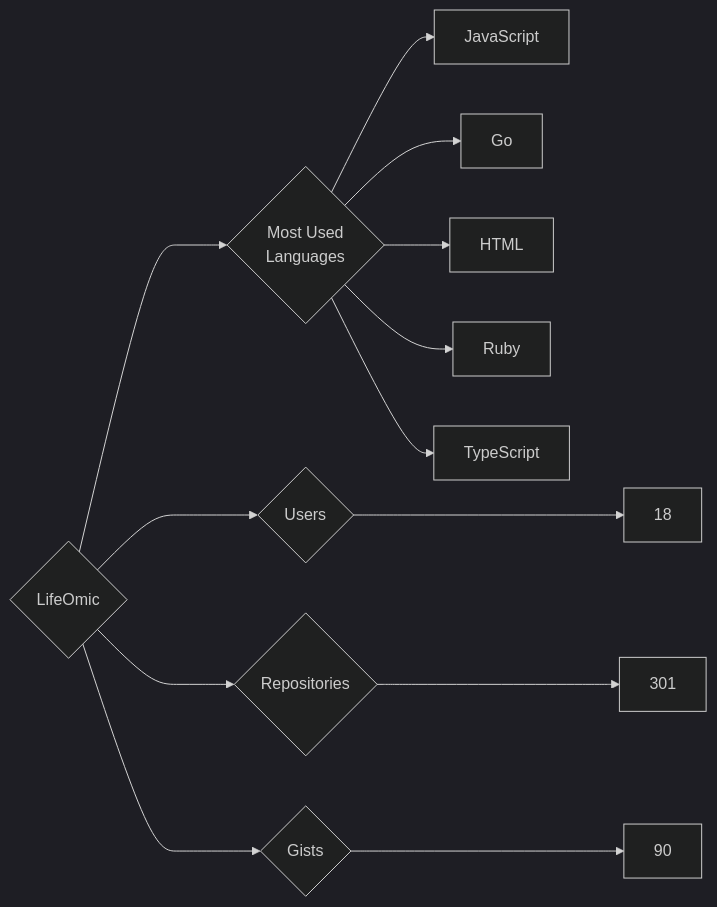
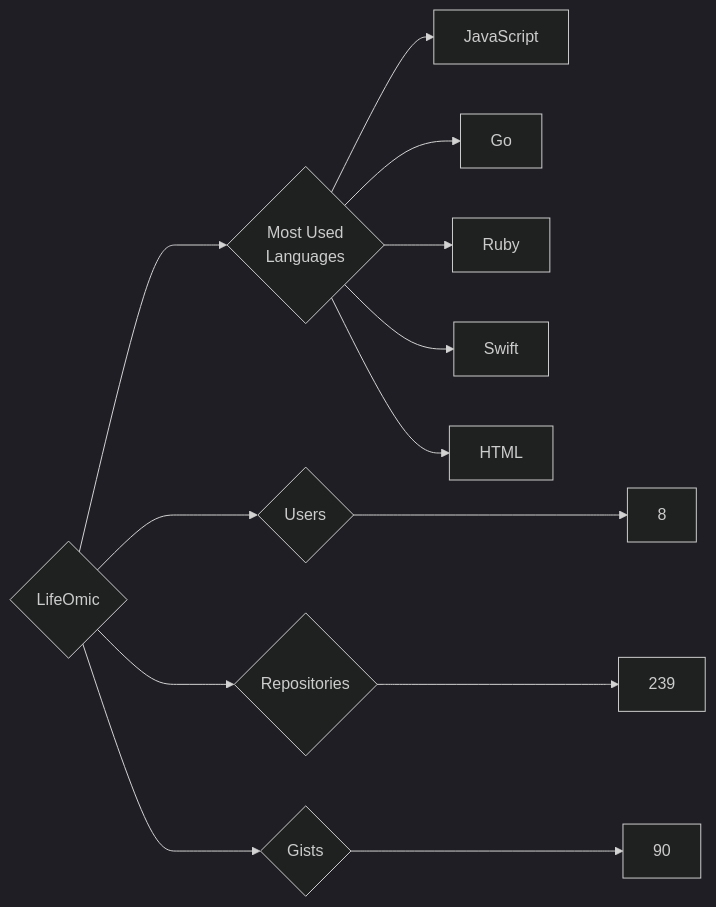
Before and after one commit to trickest/insiders: the diagram in targets/LifeOmic/README.md, drawn with Mermaid (dark theme). The commit also changed 633 other files, not shown here.

````diff
--- a/targets/LifeOmic/README.md
+++ b/targets/LifeOmic/README.md
@@ -3,13 +3,13 @@
 ```mermaid
 graph LR
 COMPANY_NAME{LifeOmic}
-COMPANY_NAME ---> U{Users} ---> UN[18]
-COMPANY_NAME ---> R{Repositories} ---> RN[301]
+COMPANY_NAME ---> U{Users} ---> UN[8]
+COMPANY_NAME ---> R{Repositories} ---> RN[239]
 COMPANY_NAME ---> G{Gists} ---> GN[90]
 COMPANY_NAME ---> ML{Most Used<br>Languages}
 ML --> JavaScript[JavaScript]
 ML --> Go[Go]
+ML --> Ruby[Ruby]
+ML --> Swift[Swift]
 ML --> HTML[HTML]
-ML --> Ruby[Ruby]
-ML --> TypeScript[TypeScript]
 ```
````
